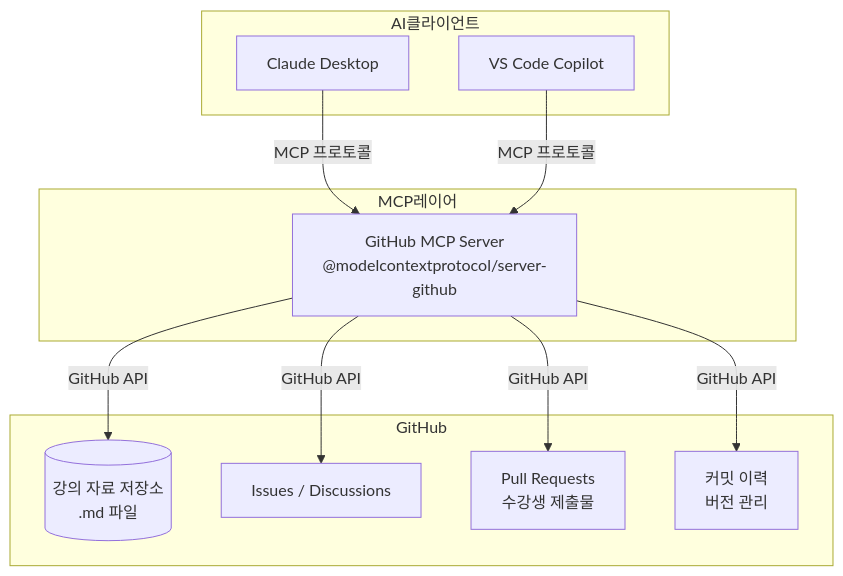
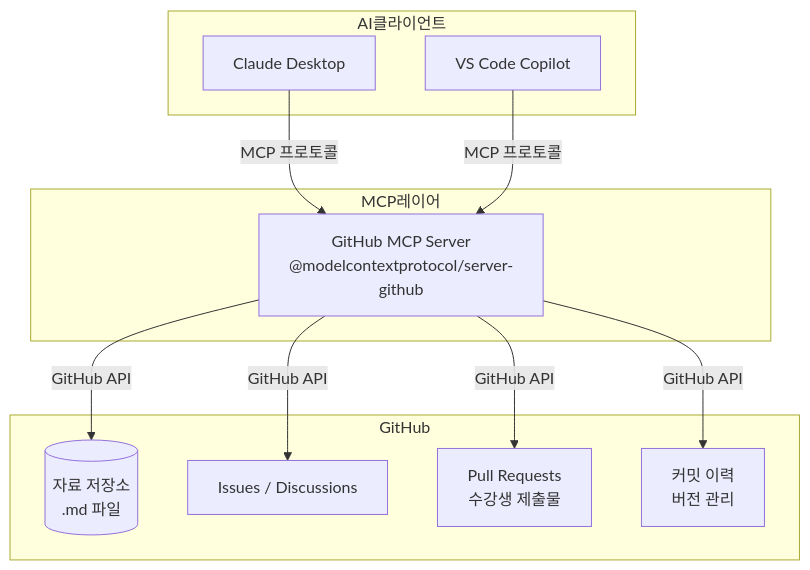
One commit to edumgt/Java-Basic-Git-003 changed the second of 3 diagrams in Readme.md. Above: the diagram before and after it, drawn with Mermaid. The commit also changed other lines of this file, not shown here.

````diff
--- a/Readme.md
+++ b/Readme.md
@@ -1575,22 +655,22 @@
 ```mermaid
 flowchart TD
     subgraph AI클라이언트
         A[Claude Desktop]
         B[VS Code Copilot]
     end
     subgraph MCP레이어
         C[GitHub MCP Server\n@modelcontextprotocol/server-github]
     end
     subgraph GitHub
-        D[(강의 자료 저장소\n.md 파일)]
+        D[(자료 저장소\n.md 파일)]
         E[Issues / Discussions]
         F[Pull Requests\n수강생 제출물]
         G[커밋 이력\n버전 관리]
     end
     A -->|MCP 프로토콜| C
     B -->|MCP 프로토콜| C
     C -->|GitHub API| D
     C -->|GitHub API| E
     C -->|GitHub API| F
     C -->|GitHub API| G
 ```
````
